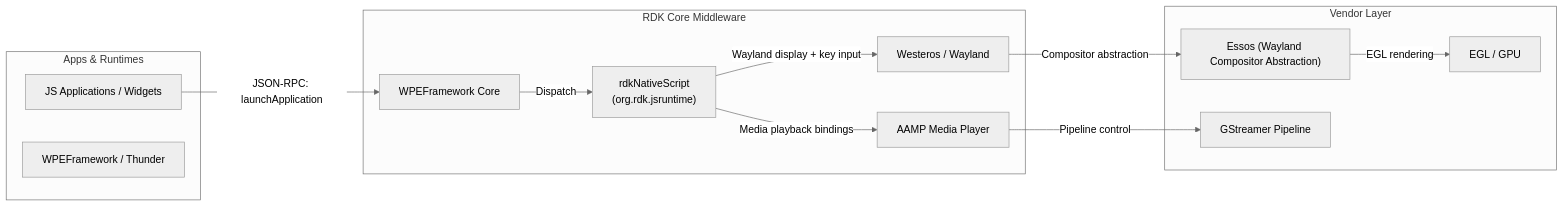
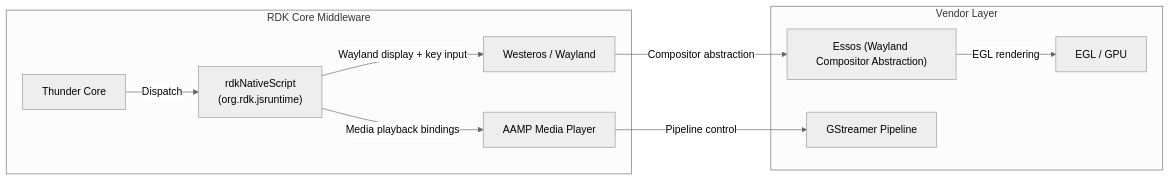
One commit to rns21/RDK_Documentation changed the first of 6 diagrams in docs/docu/RDKV-Documentations/rdkNativescript.md. Above: the diagram before and after it, drawn with Mermaid (neutral theme). The commit also changed other lines of this file, not shown here.

````diff
--- a/docs/docu/RDKV-Documentations/rdkNativescript.md
+++ b/docs/docu/RDKV-Documentations/rdkNativescript.md
@@ -9,38 +9,31 @@
 ```mermaid
 flowchart LR
 
 %% Styles
 classDef Apps stroke:#00B9F1,fill:#E6F7FD,stroke-width:2px;
 classDef RDKMW stroke:#75D701,fill:#F1FFE6,stroke-width:2px;
 classDef VL stroke:#808080,fill:#F2F2F2,stroke-width:2px;
 
-%% Apps Layer
-    subgraph Apps["Apps & Runtimes"]
-        FBApps["JS Applications / Widgets"]
-        WPE_RT["WPEFramework / Thunder"]
-    end
-
 %% Middleware
     subgraph RDKMW["RDK Core Middleware"]
         JSRuntime["rdkNativeScript\n(org.rdk.jsruntime)"]
         AAMP["AAMP Media Player"]
         Westeros["Westeros / Wayland"]
-        Thunder["WPEFramework Core"]
+        Thunder["Thunder Core"]
     end
 
 %% Vendor Layer
     subgraph VL["Vendor Layer"]
         Essos["Essos (Wayland Compositor Abstraction)"]
         GST["GStreamer Pipeline"]
         EGL["EGL / GPU"]
     end
 
     %% Connections
-    FBApps -->|JSON-RPC: launchApplication| Thunder
     Thunder -->|Dispatch| JSRuntime
     JSRuntime -->|Media playback bindings| AAMP
     JSRuntime -->|Wayland display + key input| Westeros
     AAMP -->|Pipeline control| GST
     Westeros -->|Compositor abstraction| Essos
     Essos -->|EGL rendering| EGL
 ```
````
